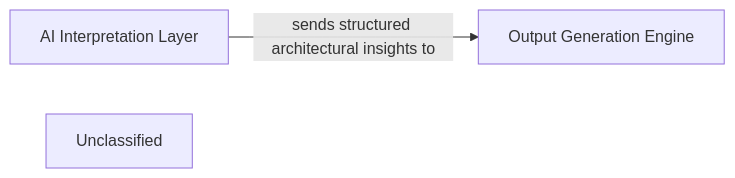
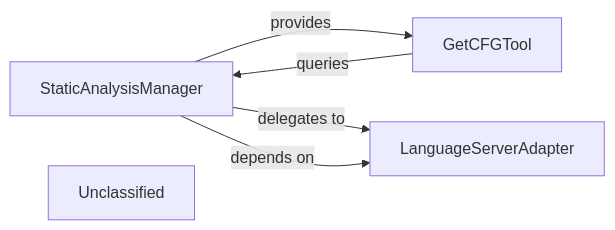
Before and after one commit to CodeBoarding/CodeBoarding: the sixth of 7 diagrams in docs/development/architecture.md, drawn with Mermaid. The commit also changed other lines of this file and 19 other files, not shown here.

First line of the commit message:
docs: update codeboarding documentation and generate architecture

````diff
--- a/docs/development/architecture.md
+++ b/docs/development/architecture.md
@@ -282,8 +347,11 @@
 ```mermaid
 graph LR
-    AI_Interpretation_Layer["AI Interpretation Layer"]
-    Output_Generation_Engine["Output Generation Engine"]
+    StaticAnalysisManager["StaticAnalysisManager"]
+    GetCFGTool["GetCFGTool"]
+    LanguageServerAdapter["LanguageServerAdapter"]
     Unclassified["Unclassified"]
-    AI_Interpretation_Layer -- "sends structured architectural insights to" --> Output_Generation_Engine
-    click Output_Generation_Engine href "https://github.com/CodeBoarding/CodeBoarding/blob/main/.codeboarding/Output_Generation_Engine.md" "Details"
+    GetCFGTool -- "queries" --> StaticAnalysisManager
+    StaticAnalysisManager -- "provides" --> GetCFGTool
+    StaticAnalysisManager -- "delegates to" --> LanguageServerAdapter
+    StaticAnalysisManager -- "depends on" --> LanguageServerAdapter
 ```
````
